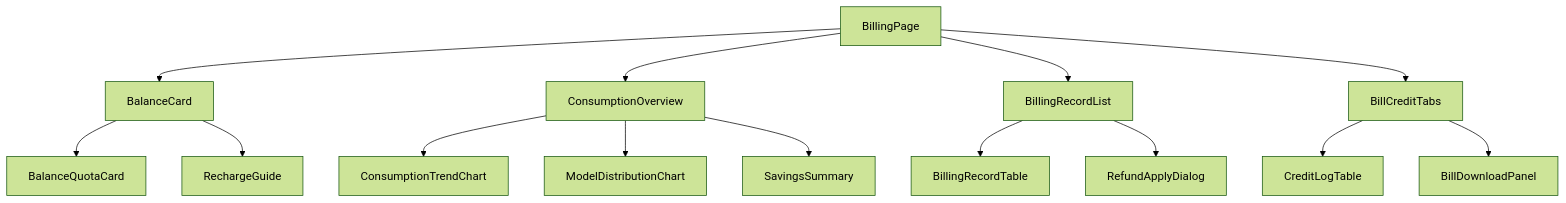
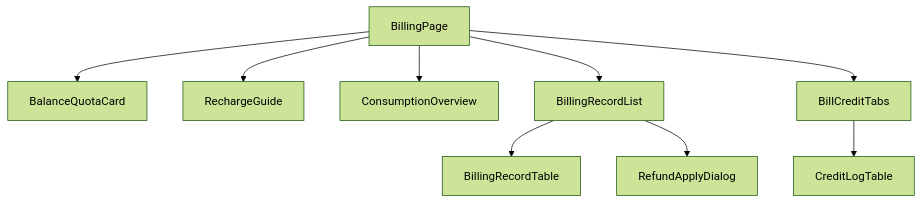
Before and after one commit to earthy-zinc/dehaze-system: the diagram in dehaze-doc/docs/03-模块设计/基础模块/AI计费管理/前端实现-用户端.md, drawn with Mermaid (forest theme). The commit also changed other lines of this file and 694 other files, not shown here.

````diff
--- a/dehaze-doc/docs/03-模块设计/基础模块/AI计费管理/前端实现-用户端.md
+++ b/dehaze-doc/docs/03-模块设计/基础模块/AI计费管理/前端实现-用户端.md
@@ -13,16 +15,11 @@
 ```mermaid
 flowchart TD
-    BillingPage --> BalanceCard
+    BillingPage --> BalanceQuotaCard
+    BillingPage --> RechargeGuide
     BillingPage --> ConsumptionOverview
     BillingPage --> BillingRecordList
     BillingPage --> BillCreditTabs
-    BalanceCard --> BalanceQuotaCard
-    BalanceCard --> RechargeGuide
-    ConsumptionOverview --> ConsumptionTrendChart
-    ConsumptionOverview --> ModelDistributionChart
-    ConsumptionOverview --> SavingsSummary
     BillingRecordList --> BillingRecordTable
     BillingRecordList --> RefundApplyDialog
     BillCreditTabs --> CreditLogTable
-    BillCreditTabs --> BillDownloadPanel
 ```
````
